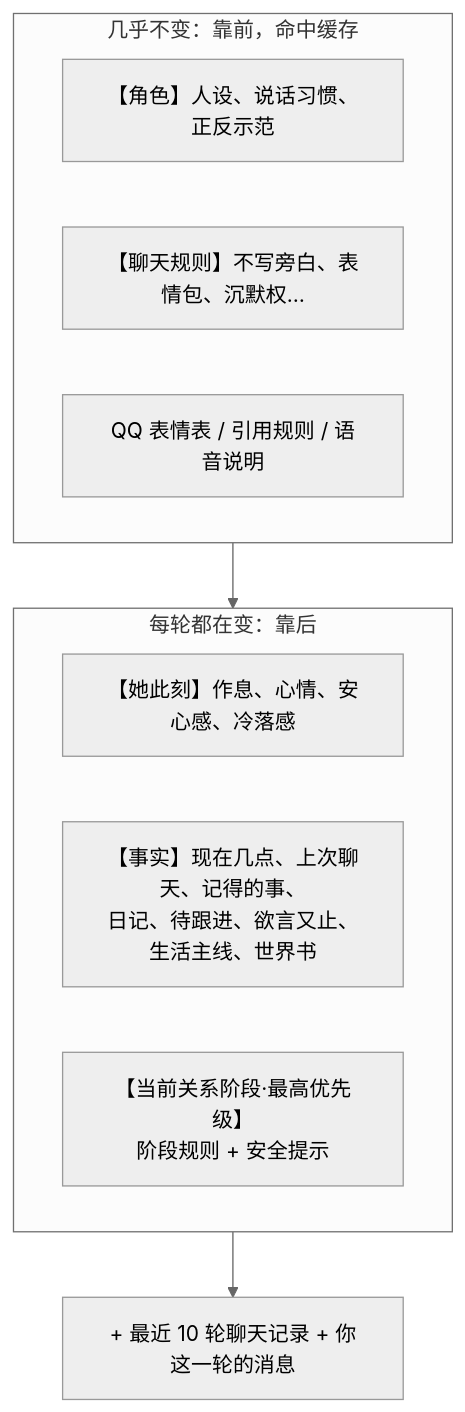
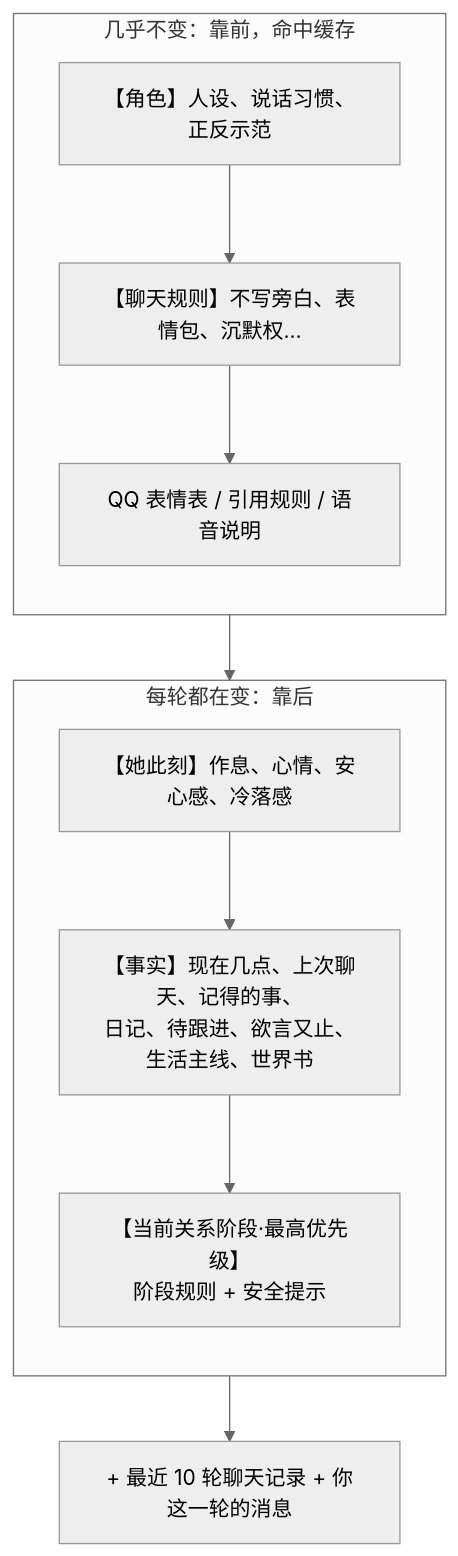
One commit to xinghefumeng0717/qq-companion-bot changed the fourth of 10 diagrams in docs/ARCHITECTURE.md. Above: the diagram before and after it, drawn with Mermaid (neutral theme). The commit also changed other lines of this file and 11 other files, not shown here.

First line of the commit message:
原理篇：图改为图片（手机 App 不渲染 Mermaid），源码折叠保留

````diff
--- a/docs/ARCHITECTURE.md
+++ b/docs/ARCHITECTURE.md
@@ -119,15 +147,19 @@
 ```mermaid
 flowchart TD
     subgraph S["几乎不变：靠前，命中缓存"]
+        direction TB
         R1["【角色】人设、说话习惯、正反示范"]
         R2["【聊天规则】不写旁白、表情包、沉默权…"]
         R3["QQ 表情表 / 引用规则 / 语音说明"]
+        R1 --> R2 --> R3
     end
     subgraph V["每轮都在变：靠后"]
+        direction TB
         R4["【她此刻】作息、心情、安心感、冷落感"]
         R5["【事实】现在几点、上次聊天、记得的事、<br/>日记、待跟进、欲言又止、生活主线、世界书"]
         R6["【当前关系阶段·最高优先级】<br/>阶段规则 + 安全提示"]
+        R4 --> R5 --> R6
     end
     S --> V
     V --> M["+ 最近 10 轮聊天记录 + 你这一轮的消息"]
 ```
````
